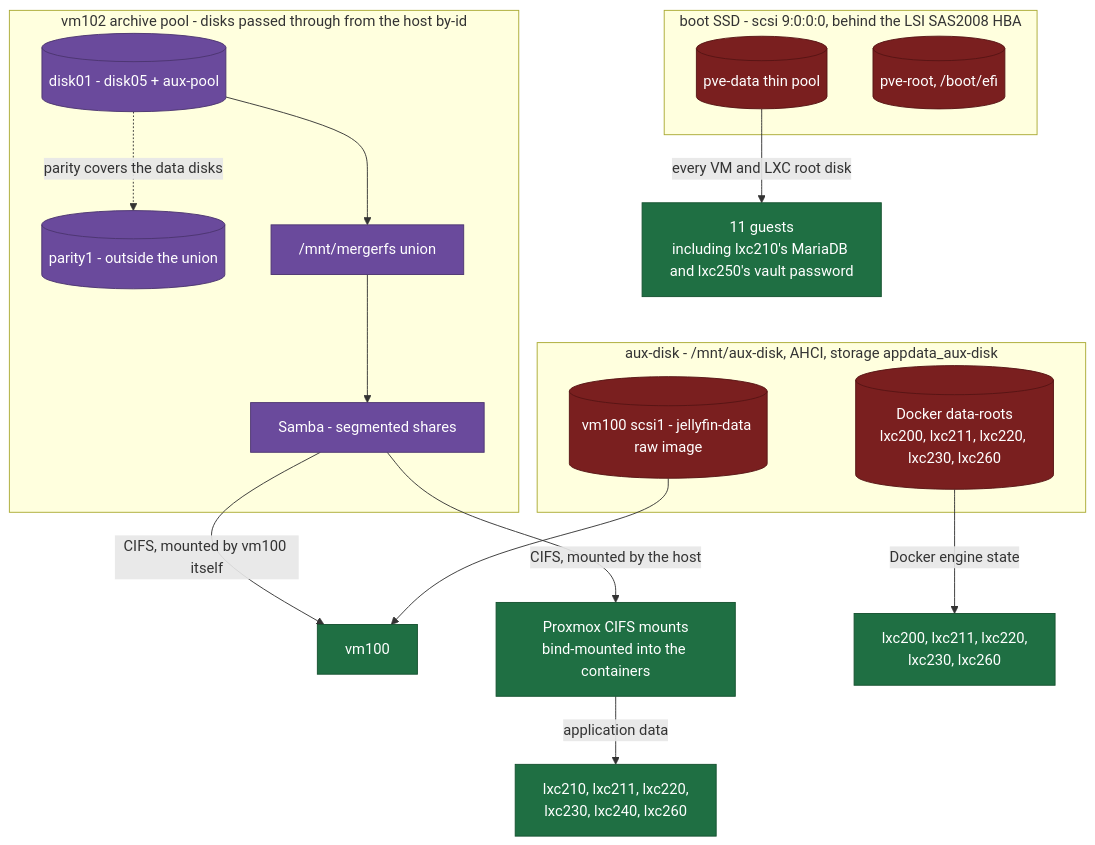
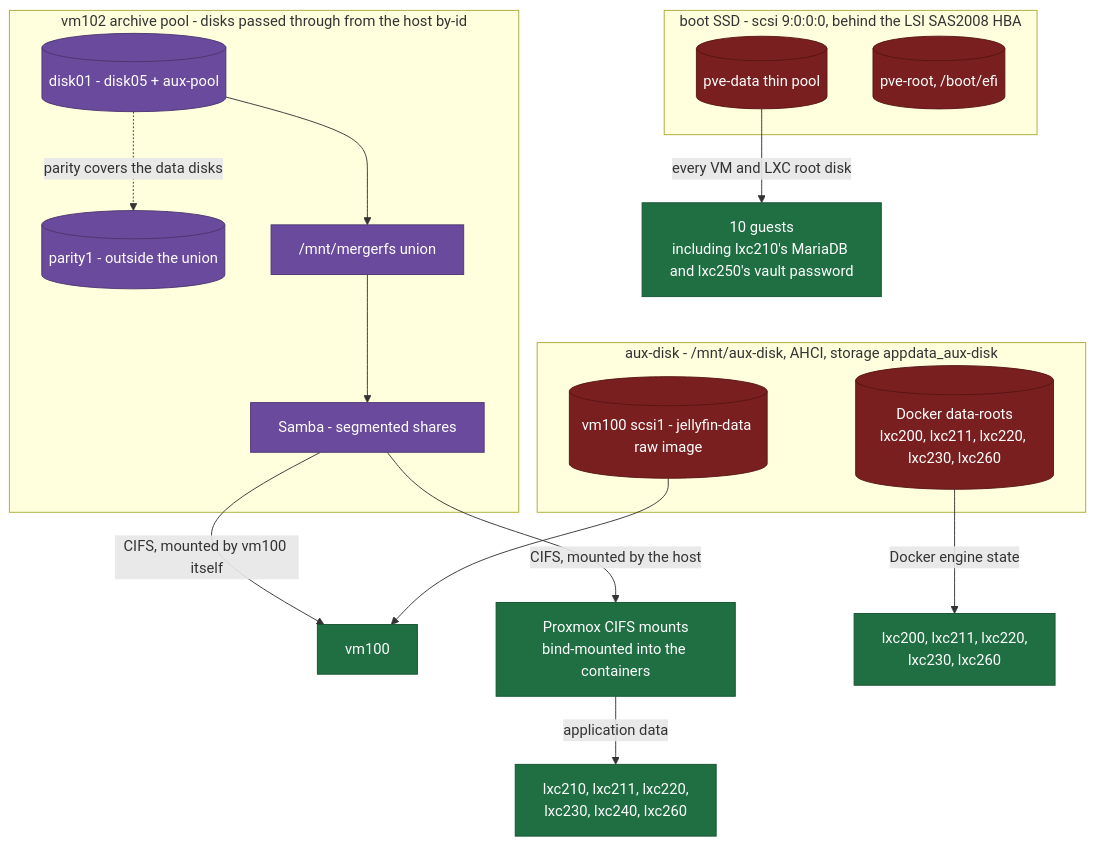
One commit to sohanreddyk/homelab-server-architecture changed the third of 4 diagrams in docs/architecture/diagram.md. Above: the diagram before and after it, drawn with Mermaid. The commit also changed other lines of this file and 3 other files, not shown here.

````diff
--- a/docs/architecture/diagram.md
+++ b/docs/architecture/diagram.md
@@ -142,39 +151,39 @@
 ```mermaid
 flowchart TB
   accTitle: The three storage layers of the platform
   accDescr: Boot SSD thin pool with all guest root disks, aux-disk with Docker data roots, and the vm102 archive pool with parity, showing which consumer uses which.
 
   subgraph boot["boot SSD - scsi 9:0:0:0, behind the LSI SAS2008 HBA"]
     THIN[("pve-data thin pool")]
     PVEROOT[("pve-root, /boot/efi")]
   end
 
   subgraph aux["aux-disk - /mnt/aux-disk, AHCI, storage appdata_aux-disk"]
     DOCKERROOTS[("Docker data-roots<br/>lxc200, lxc211, lxc220, lxc230, lxc260")]
     JELLYRAW[("vm100 scsi1 - jellyfin-data raw image")]
   end
 
   subgraph pool["vm102 archive pool - disks passed through from the host by-id"]
     DISKS[("disk01 - disk05 + aux-pool")]
     PARITY[("parity1 - outside the union")]
     MERGER["/mnt/mergerfs union"]
     SAMBA["Samba - segmented shares"]
   end
 
-  THIN -->|"every VM and LXC root disk"| GUESTS["11 guests<br/>including lxc210's MariaDB and lxc250's vault password"]
+  THIN -->|"every VM and LXC root disk"| GUESTS["10 guests<br/>including lxc210's MariaDB and lxc250's vault password"]
   DISKS --> MERGER
   DISKS -.->|"parity covers the data disks"| PARITY
   MERGER --> SAMBA
   SAMBA -->|"CIFS, mounted by vm100 itself"| VM100["vm100"]
   SAMBA -->|"CIFS, mounted by the host"| HOSTCIFS["Proxmox CIFS mounts<br/>bind-mounted into the containers"]
   HOSTCIFS -->|"application data"| CIFSLXC["lxc210, lxc211, lxc220,<br/>lxc230, lxc240, lxc260"]
   DOCKERROOTS -->|"Docker engine state"| DOCKERLXC["lxc200, lxc211, lxc220,<br/>lxc230, lxc260"]
   JELLYRAW --> VM100
 
   classDef sick fill:#7a1f1f,stroke:#571414,color:#ffffff
   classDef ok fill:#6a4a9c,stroke:#4c3570,color:#ffffff
   classDef consumer fill:#1f6f43,stroke:#14512f,color:#ffffff
   class THIN,PVEROOT,DOCKERROOTS,JELLYRAW sick
   class DISKS,PARITY,MERGER,SAMBA ok
   class GUESTS,VM100,CIFSLXC,DOCKERLXC,HOSTCIFS consumer
 ```
````
